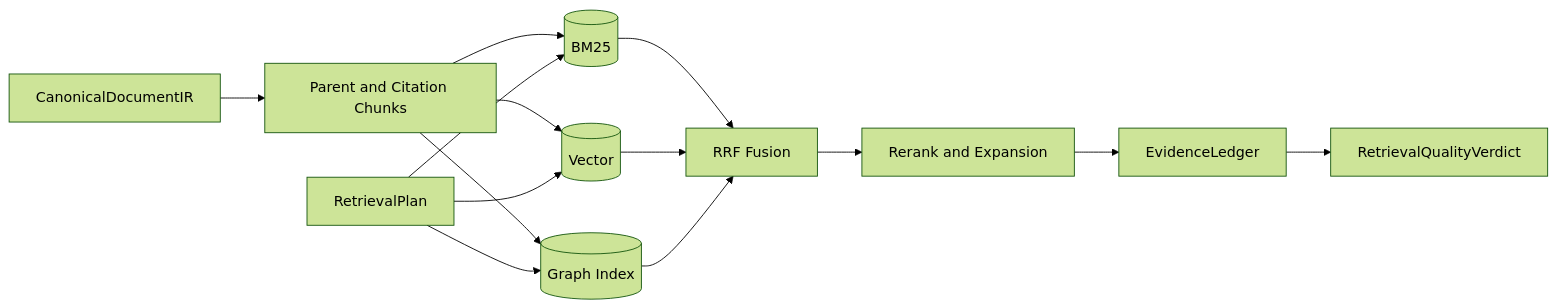
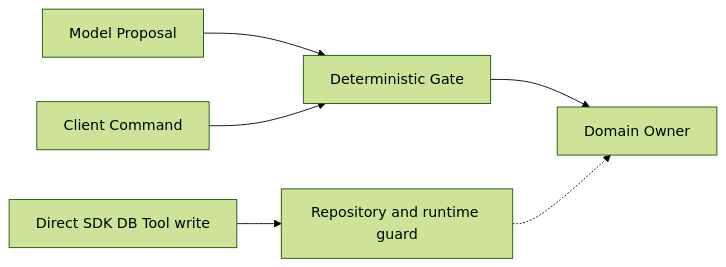
Before and after one commit to ProfessorZhi/Zuno: diagram 18 of 30 in docs/architecture/architecture-views.md, drawn with Mermaid (forest theme). The commit also changed other lines of this file and 14 other files, not shown here.

Commit message:
docs: align total architecture with canonical module designs

````diff
--- a/docs/architecture/architecture-views.md
+++ b/docs/architecture/architecture-views.md
@@ -339,12 +293,8 @@
 ```mermaid
 flowchart LR
-  IR[CanonicalDocumentIR] --> Chunk[Parent and Citation Chunks]
-  Chunk --> BM25[(BM25)]
-  Chunk --> Vector[(Vector)]
-  Chunk --> Graph[(Graph Index)]
-  Query[RetrievalPlan] --> BM25 & Vector & Graph
-  BM25 & Vector & Graph --> Fusion[RRF Fusion]
-  Fusion --> Rerank[Rerank and Expansion]
-  Rerank --> Ledger[EvidenceLedger]
-  Ledger --> Verdict[RetrievalQualityVerdict]
+  MODEL[Model Proposal] --> GATE[Deterministic Gate]
+  CLIENT[Client Command] --> GATE
+  GATE --> OWNER[Domain Owner]
+  BYPASS[Direct SDK DB Tool write] --> REJECT[Repository and runtime guard]
+  REJECT -.-> OWNER
 ```
````
